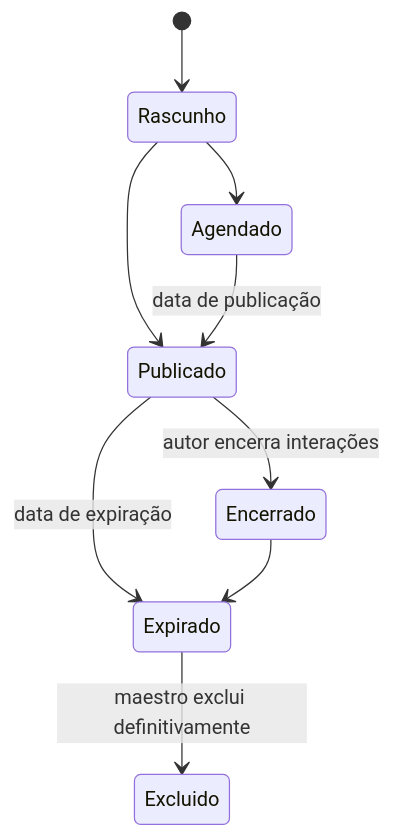
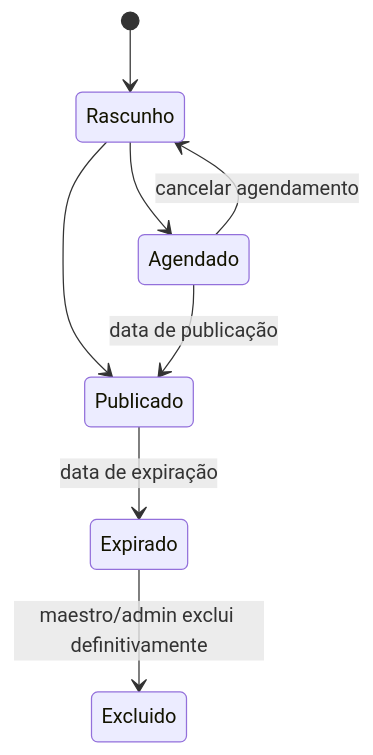
One commit to KogaKleins/Concentus changed the second of 3 diagrams in docs/product/announcements-and-notifications.md. Above: the diagram before and after it, drawn with Mermaid. The commit also changed other lines of this file and 10 other files, not shown here.

````diff
--- a/docs/product/announcements-and-notifications.md
+++ b/docs/product/announcements-and-notifications.md
@@ -113,11 +193,10 @@
 ```mermaid
 stateDiagram-v2
     [*] --> Rascunho
     Rascunho --> Agendado
     Rascunho --> Publicado
+    Agendado --> Rascunho: cancelar agendamento
     Agendado --> Publicado: data de publicação
     Publicado --> Expirado: data de expiração
-    Publicado --> Encerrado: autor encerra interações
-    Expirado --> Excluido: maestro exclui definitivamente
-    Encerrado --> Expirado
+    Expirado --> Excluido: maestro/admin exclui definitivamente
 ```
````
